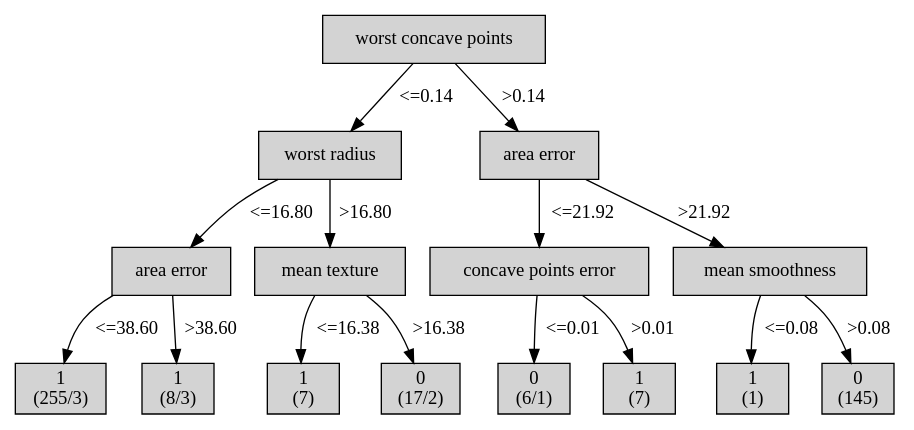
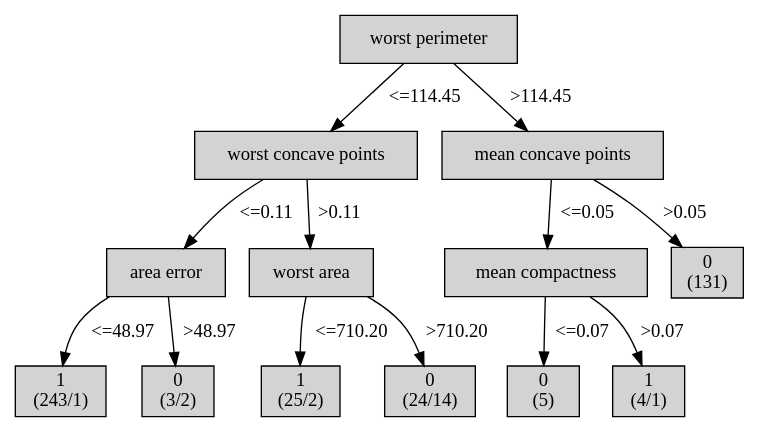
Before and after one commit to ferdyirawanf/Tugas-Kecil-1-IF3270: the diagram in id3_tree_breast_cancer.dot, drawn with Graphviz. The commit also changed 5 other files, not shown here.

```diff
--- a/id3_tree_breast_cancer.dot
+++ b/id3_tree_breast_cancer.dot
@@ -1,58 +1,51 @@
 digraph ID3_Tree {
-"0" [shape=box, style=filled, label="worst concave points
+"0" [shape=box, style=filled, label="worst perimeter
 ", weight=1]
-"1" [shape=box, style=filled, label="worst radius
+"1" [shape=box, style=filled, label="worst concave points
 ", weight=2]
-0 -> 1 [ label = "<=0.14"];
+0 -> 1 [ label = "<=114.45"];
 "2" [shape=box, style=filled, label="area error
 ", weight=3]
-1 -> 2 [ label = "<=16.80"];
+1 -> 2 [ label = "<=0.11"];
 "3" [shape=box, style=filled, label="1
-(255/3)
+(243/1)
 ", weight=4]
-2 -> 3 [ label = "<=38.60"];
-"4" [shape=box, style=filled, label="1
-(8/3)
+2 -> 3 [ label = "<=48.97"];
+"4" [shape=box, style=filled, label="0
+(3/2)
 ", weight=4]
-2 -> 4 [ label = ">38.60"];
-"5" [shape=box, style=filled, label="mean texture
+2 -> 4 [ label = ">48.97"];
+"5" [shape=box, style=filled, label="worst area
 ", weight=3]
-1 -> 5 [ label = ">16.80"];
+1 -> 5 [ label = ">0.11"];
 "6" [shape=box, style=filled, label="1
-(7)
+(25/2)
 ", weight=4]
-5 -> 6 [ label = "<=16.38"];
+5 -> 6 [ label = "<=710.20"];
 "7" [shape=box, style=filled, label="0
-(17/2)
+(24/14)
 ", weight=4]
-5 -> 7 [ label = ">16.38"];
-"8" [shape=box, style=filled, label="area error
+5 -> 7 [ label = ">710.20"];
+"8" [shape=box, style=filled, label="mean concave points
 ", weight=2]
-0 -> 8 [ label = ">0.14"];
-"9" [shape=box, style=filled, label="concave points error
+0 -> 8 [ label = ">114.45"];
+"9" [shape=box, style=filled, label="mean compactness
 ", weight=3]
-8 -> 9 [ label = "<=21.92"];
+8 -> 9 [ label = "<=0.05"];
 "10" [shape=box, style=filled, label="0
-(6/1)
+(5)
 ", weight=4]
-9 -> 10 [ label = "<=0.01"];
+9 -> 10 [ label = "<=0.07"];
 "11" [shape=box, style=filled, label="1
-(7)
+(4/1)
 ", weight=4]
-9 -> 11 [ label = ">0.01"];
-"12" [shape=box, style=filled, label="mean smoothness
+9 -> 11 [ label = ">0.07"];
+"12" [shape=box, style=filled, label="0
+(131)
 ", weight=3]
-8 -> 12 [ label = ">21.92"];
-"13" [shape=box, style=filled, label="1
-(1)
-", weight=4]
-12 -> 13 [ label = "<=0.08"];
-"14" [shape=box, style=filled, label="0
-(145)
-", weight=4]
-12 -> 14 [ label = ">0.08"];
+8 -> 12 [ label = ">0.05"];
 {rank=same; 0;};
 {rank=same; 1;8;};
 {rank=same; 2;5;9;12;};
-{rank=same; 3;4;6;7;10;11;13;14;};
+{rank=same; 3;4;6;7;10;11;};
 }
```
